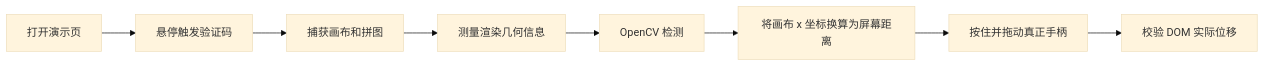
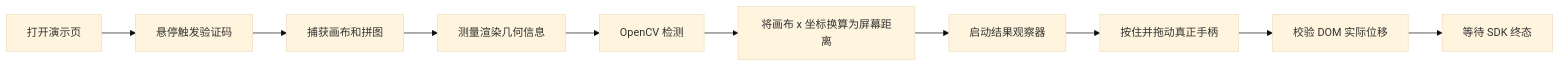
One commit to FilthyS/slide-verification changed the diagram in README.zh-CN.md. Above: the diagram before and after it, drawn with Mermaid (base theme). The commit also changed other lines of this file and 4 other files, not shown here.

````diff
--- a/README.zh-CN.md
+++ b/README.zh-CN.md
@@ -84,10 +85,12 @@
 ```mermaid
 flowchart LR
     A[打开演示页] --> B[悬停触发验证码]
     B --> C[捕获画布和拼图]
     C --> D[测量渲染几何信息]
     D --> E[OpenCV 检测]
     E --> F[将画布 x 坐标换算为屏幕距离]
-    F --> G[按住并拖动真正手柄]
-    G --> H[校验 DOM 实际位移]
+    F --> G[启动结果观察器]
+    G --> H[按住并拖动真正手柄]
+    H --> I[校验 DOM 实际位移]
+    I --> J[等待 SDK 终态]
 ```
````
